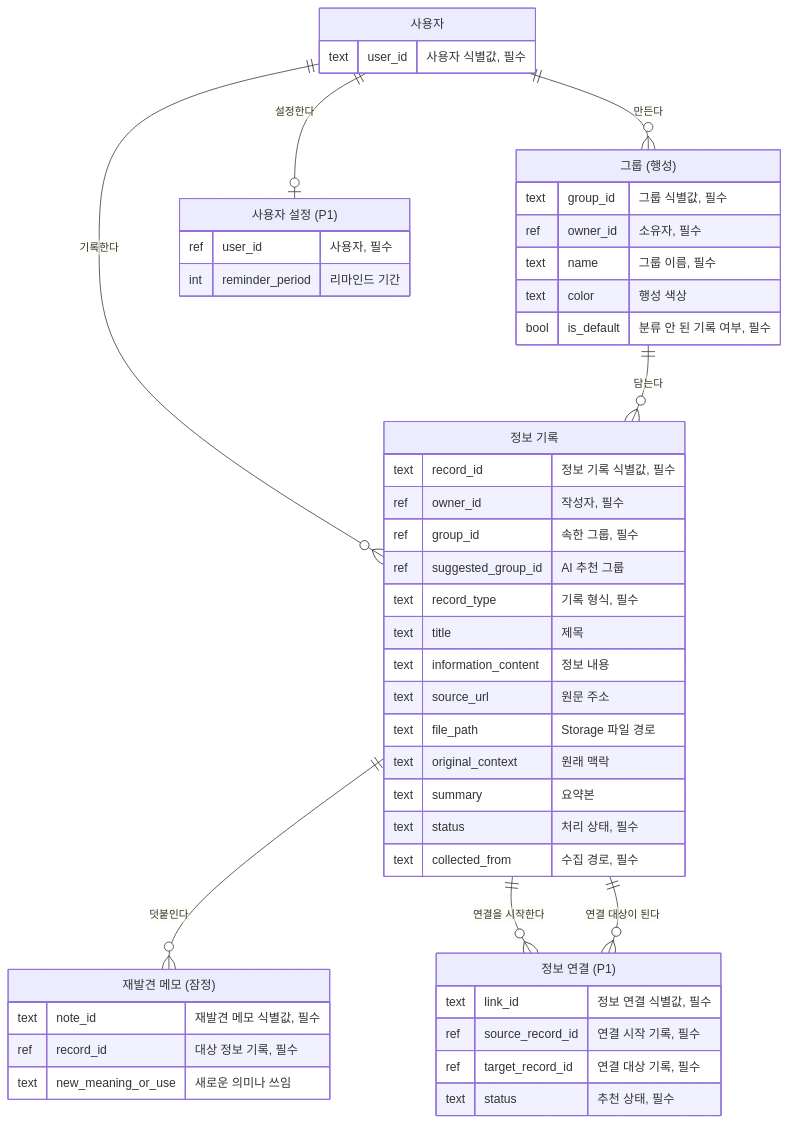
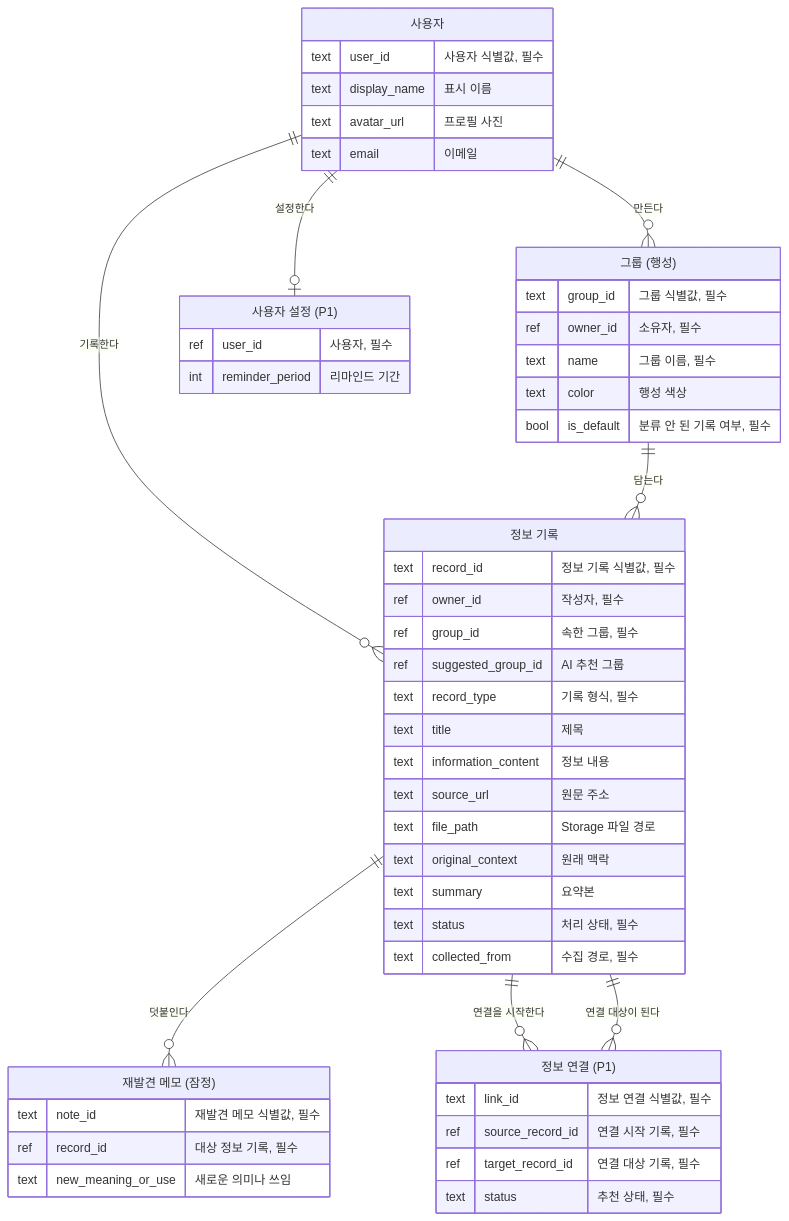
One commit to elvinleeys/space-log changed the diagram in docs/database.md. Above: the diagram before and after it, drawn with Mermaid. The commit also changed other lines of this file and 5 other files, not shown here.

Commit message:
docs: 로그인 user 테이블에 표시 이름·프로필 사진·이메일 칸 추가

````diff
--- a/docs/database.md
+++ b/docs/database.md
@@ -7,50 +7,53 @@
 ```mermaid
 erDiagram
   user["사용자"] {
     text user_id "사용자 식별값, 필수"
+    text display_name "표시 이름"
+    text avatar_url "프로필 사진"
+    text email "이메일"
   }
   record_group["그룹 (행성)"] {
     text group_id "그룹 식별값, 필수"
     ref owner_id "소유자, 필수"
     text name "그룹 이름, 필수"
     text color "행성 색상"
     bool is_default "분류 안 된 기록 여부, 필수"
   }
   information_record["정보 기록"] {
     text record_id "정보 기록 식별값, 필수"
     ref owner_id "작성자, 필수"
     ref group_id "속한 그룹, 필수"
     ref suggested_group_id "AI 추천 그룹"
     text record_type "기록 형식, 필수"
     text title "제목"
     text information_content "정보 내용"
     text source_url "원문 주소"
     text file_path "Storage 파일 경로"
     text original_context "원래 맥락"
     text summary "요약본"
     text status "처리 상태, 필수"
     text collected_from "수집 경로, 필수"
   }
   rediscovery_note["재발견 메모 (잠정)"] {
     text note_id "재발견 메모 식별값, 필수"
     ref record_id "대상 정보 기록, 필수"
     text new_meaning_or_use "새로운 의미나 쓰임"
   }
   information_link["정보 연결 (P1)"] {
     text link_id "정보 연결 식별값, 필수"
     ref source_record_id "연결 시작 기록, 필수"
     ref target_record_id "연결 대상 기록, 필수"
     text status "추천 상태, 필수"
   }
   user_settings["사용자 설정 (P1)"] {
     ref user_id "사용자, 필수"
     int reminder_period "리마인드 기간"
   }
   user ||--o{ record_group : "만든다"
   user ||--o{ information_record : "기록한다"
   record_group ||--o{ information_record : "담는다"
   information_record ||--o{ rediscovery_note : "덧붙인다"
   information_record ||--o{ information_link : "연결을 시작한다"
   information_record ||--o{ information_link : "연결 대상이 된다"
   user ||--o| user_settings : "설정한다"
 ```
````
